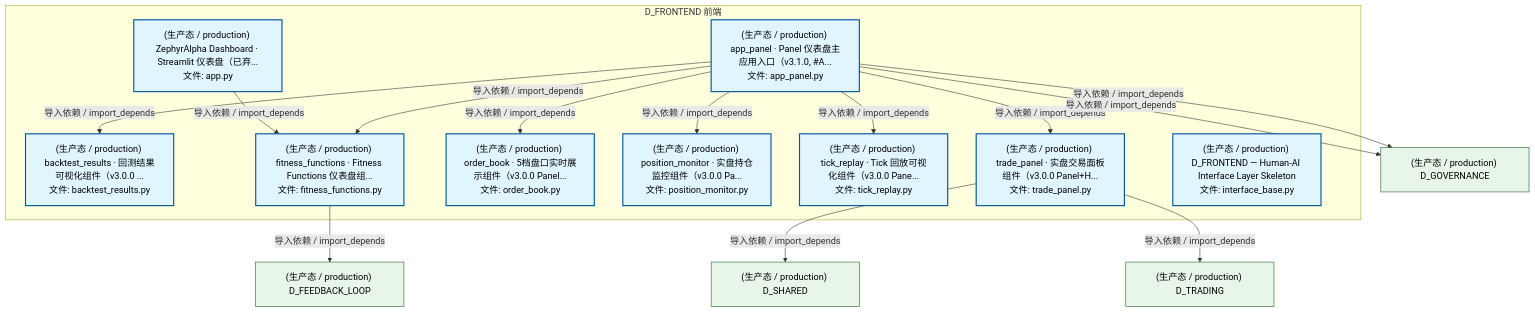
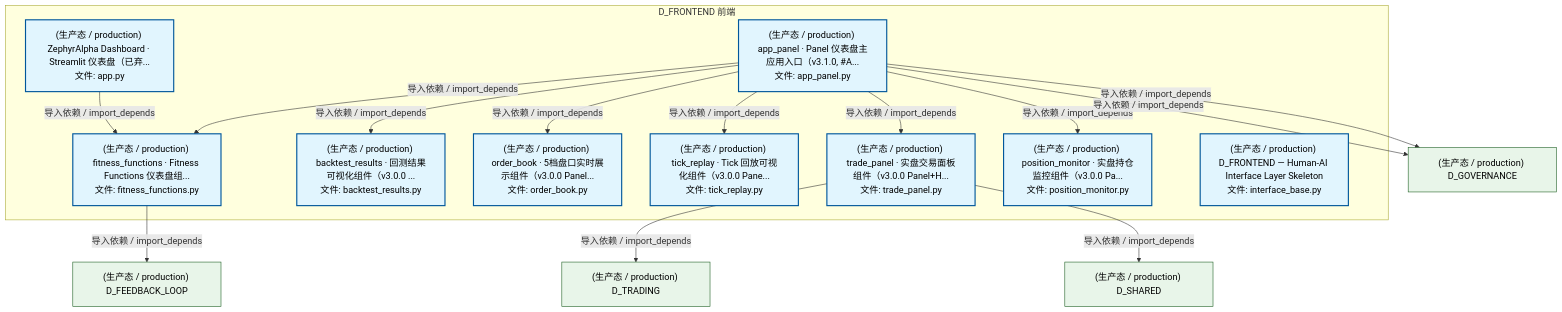
One commit to xuanFelixVan/ZephyrAlpha changed the second of 5 diagrams in docs/02_enterprise_architecture/02_domain_architecture_docs/15_d_frontend.md. Above: the diagram before and after it, drawn with Mermaid. The commit also changed 86 other files, not shown here.

````diff
--- a/docs/02_enterprise_architecture/02_domain_architecture_docs/15_d_frontend.md
+++ b/docs/02_enterprise_architecture/02_domain_architecture_docs/15_d_frontend.md
@@ -165,36 +165,36 @@
 ```mermaid
 graph TD
     subgraph D_FRONTEND["D_FRONTEND 前端"]
         src_zephyr_frontend_dashboard_app_py["(生产态 / production) ZephyrAlpha Dashboard · Streamlit 仪表盘（已弃...<br/>文件: app.py"]
         src_zephyr_frontend_dashboard_app_panel_py["(生产态 / production) app_panel · Panel 仪表盘主应用入口（v3.1.0, #A...<br/>文件: app_panel.py"]
         src_zephyr_frontend_dashboard_components_backtest_results_py["(生产态 / production) backtest_results · 回测结果可视化组件（v3.0.0 ...<br/>文件: backtest_results.py"]
         src_zephyr_frontend_dashboard_components_fitness_functions_py["(生产态 / production) fitness_functions · Fitness Functions 仪表盘组...<br/>文件: fitness_functions.py"]
         src_zephyr_frontend_dashboard_components_order_book_py["(生产态 / production) order_book · 5档盘口实时展示组件（v3.0.0 Panel...<br/>文件: order_book.py"]
         src_zephyr_frontend_dashboard_components_position_monitor_py["(生产态 / production) position_monitor · 实盘持仓监控组件（v3.0.0 Pa...<br/>文件: position_monitor.py"]
         src_zephyr_frontend_dashboard_components_tick_replay_py["(生产态 / production) tick_replay · Tick 回放可视化组件（v3.0.0 Pane...<br/>文件: tick_replay.py"]
         src_zephyr_frontend_dashboard_components_trade_panel_py["(生产态 / production) trade_panel · 实盘交易面板组件（v3.0.0 Panel+H...<br/>文件: trade_panel.py"]
         src_zephyr_frontend_interface_base_py["(生产态 / production) D_FRONTEND — Human-AI Interface Layer Skeleton<br/>文件: interface_base.py"]
     end
-    src_zephyr_frontend_dashboard_app_py -->|导入依赖 / import_depends| src_zephyr_frontend_dashboard_components_fitness_functions_py
+    src_zephyr_frontend_dashboard_app_panel_py -->|导入依赖 / import_depends| src_zephyr_frontend_dashboard_components_fitness_functions_py
     src_zephyr_frontend_dashboard_app_panel_py -->|导入依赖 / import_depends| src_zephyr_frontend_dashboard_components_backtest_results_py
-    src_zephyr_frontend_dashboard_app_panel_py -->|导入依赖 / import_depends| src_zephyr_frontend_dashboard_components_fitness_functions_py
     src_zephyr_frontend_dashboard_app_panel_py -->|导入依赖 / import_depends| src_zephyr_frontend_dashboard_components_order_book_py
-    src_zephyr_frontend_dashboard_app_panel_py -->|导入依赖 / import_depends| src_zephyr_frontend_dashboard_components_position_monitor_py
     src_zephyr_frontend_dashboard_app_panel_py -->|导入依赖 / import_depends| src_zephyr_frontend_dashboard_components_tick_replay_py
     src_zephyr_frontend_dashboard_app_panel_py -->|导入依赖 / import_depends| src_zephyr_frontend_dashboard_components_trade_panel_py
+    src_zephyr_frontend_dashboard_app_panel_py -->|导入依赖 / import_depends| src_zephyr_frontend_dashboard_components_position_monitor_py
+    src_zephyr_frontend_dashboard_app_py -->|导入依赖 / import_depends| src_zephyr_frontend_dashboard_components_fitness_functions_py
+    D_FEEDBACK_LOOP["(生产态 / production) D_FEEDBACK_LOOP"]
+    src_zephyr_frontend_dashboard_components_fitness_functions_py -->|导入依赖 / import_depends| D_FEEDBACK_LOOP
     D_GOVERNANCE["(生产态 / production) D_GOVERNANCE"]
     src_zephyr_frontend_dashboard_app_panel_py -->|导入依赖 / import_depends| D_GOVERNANCE
-    D_FEEDBACK_LOOP["(生产态 / production) D_FEEDBACK_LOOP"]
-    src_zephyr_frontend_dashboard_components_fitness_functions_py -->|导入依赖 / import_depends| D_FEEDBACK_LOOP
-    D_SHARED["(生产态 / production) D_SHARED"]
-    src_zephyr_frontend_dashboard_components_trade_panel_py -->|导入依赖 / import_depends| D_SHARED
     src_zephyr_frontend_dashboard_app_panel_py -->|导入依赖 / import_depends| D_GOVERNANCE
     D_TRADING["(生产态 / production) D_TRADING"]
     src_zephyr_frontend_dashboard_components_trade_panel_py -->|导入依赖 / import_depends| D_TRADING
+    D_SHARED["(生产态 / production) D_SHARED"]
+    src_zephyr_frontend_dashboard_components_trade_panel_py -->|导入依赖 / import_depends| D_SHARED
     classDef production fill:#e1f5fe,stroke:#01579b,stroke-width:2px,color:#000
     classDef design fill:#fff3e0,stroke:#e65100,stroke-width:2px,color:#000,stroke-dasharray: 5 5
     classDef external_prod fill:#e8f5e9,stroke:#1b5e20,stroke-width:1px,color:#000
     classDef external_design fill:#fce4ec,stroke:#880e4f,stroke-width:1px,color:#000,stroke-dasharray: 5 5
     class src_zephyr_frontend_dashboard_app_py,src_zephyr_frontend_dashboard_app_panel_py,src_zephyr_frontend_dashboard_components_backtest_results_py,src_zephyr_frontend_dashboard_components_fitness_functions_py,src_zephyr_frontend_dashboard_components_order_book_py,src_zephyr_frontend_dashboard_components_position_monitor_py,src_zephyr_frontend_dashboard_components_tick_replay_py,src_zephyr_frontend_dashboard_components_trade_panel_py,src_zephyr_frontend_interface_base_py production
-    class D_GOVERNANCE,D_FEEDBACK_LOOP,D_SHARED,D_TRADING external_prod
+    class D_FEEDBACK_LOOP,D_GOVERNANCE,D_TRADING,D_SHARED external_prod
 ```
````
